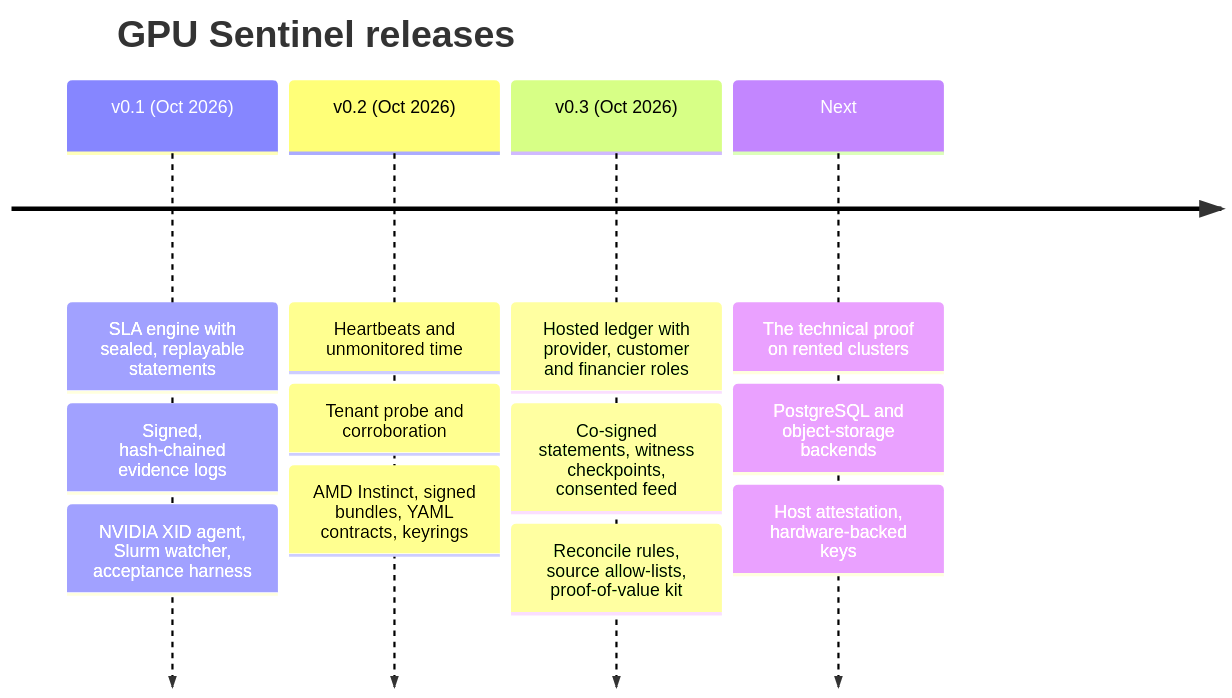
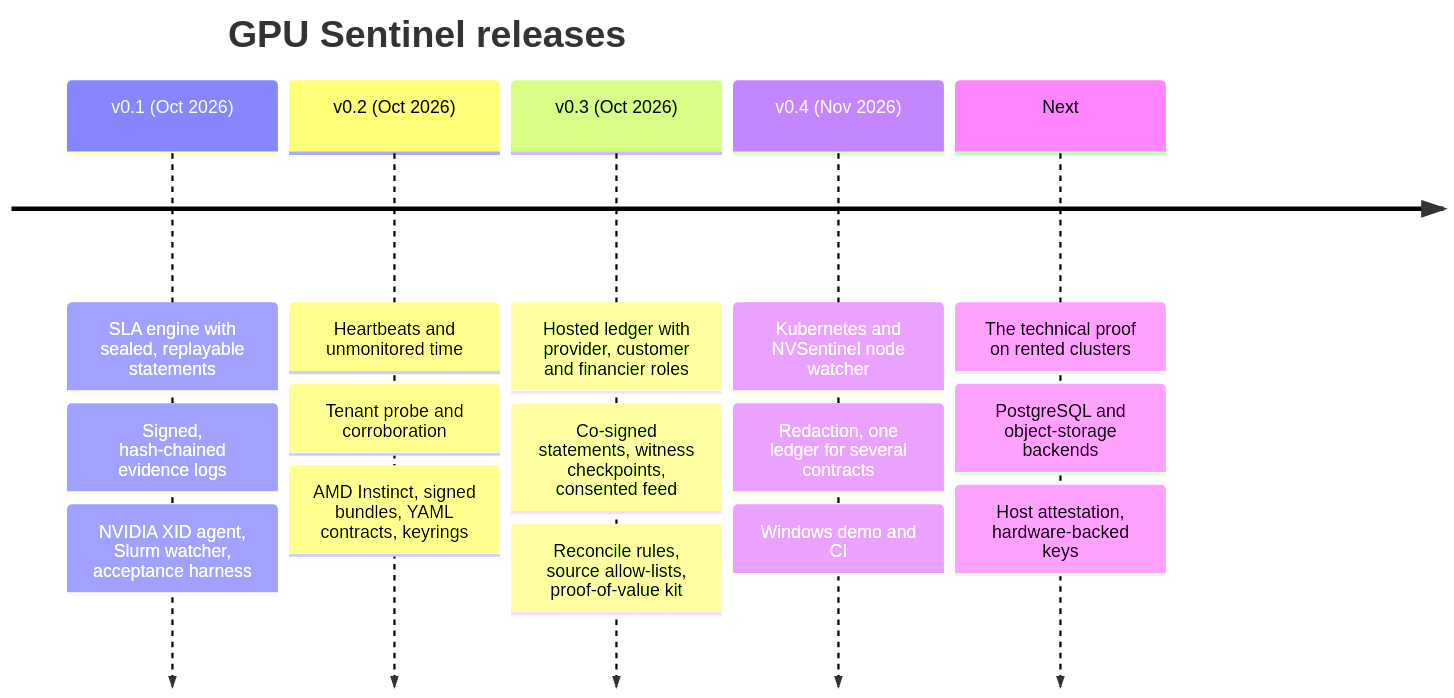
One commit to Sievehouse/gpu-sentinel changed the sixth of 6 diagrams in README.md. Above: the diagram before and after it, drawn with Mermaid. The commit also changed other lines of this file, not shown here.

````diff
--- a/README.md
+++ b/README.md
@@ -412,16 +432,19 @@
 ```mermaid
 timeline
   title GPU Sentinel releases
   v0.1 (Oct 2026) : SLA engine with sealed, replayable statements
                   : Signed, hash-chained evidence logs
                   : NVIDIA XID agent, Slurm watcher, acceptance harness
   v0.2 (Oct 2026) : Heartbeats and unmonitored time
                   : Tenant probe and corroboration
                   : AMD Instinct, signed bundles, YAML contracts, keyrings
   v0.3 (Oct 2026) : Hosted ledger with provider, customer and financier roles
                   : Co-signed statements, witness checkpoints, consented feed
                   : Reconcile rules, source allow-lists, proof-of-value kit
+  v0.4 (Nov 2026) : Kubernetes and NVSentinel node watcher
+                  : Redaction, one ledger for several contracts
+                  : Windows demo and CI
   Next            : The technical proof on rented clusters
                   : PostgreSQL and object-storage backends
                   : Host attestation, hardware-backed keys
 ```
````
